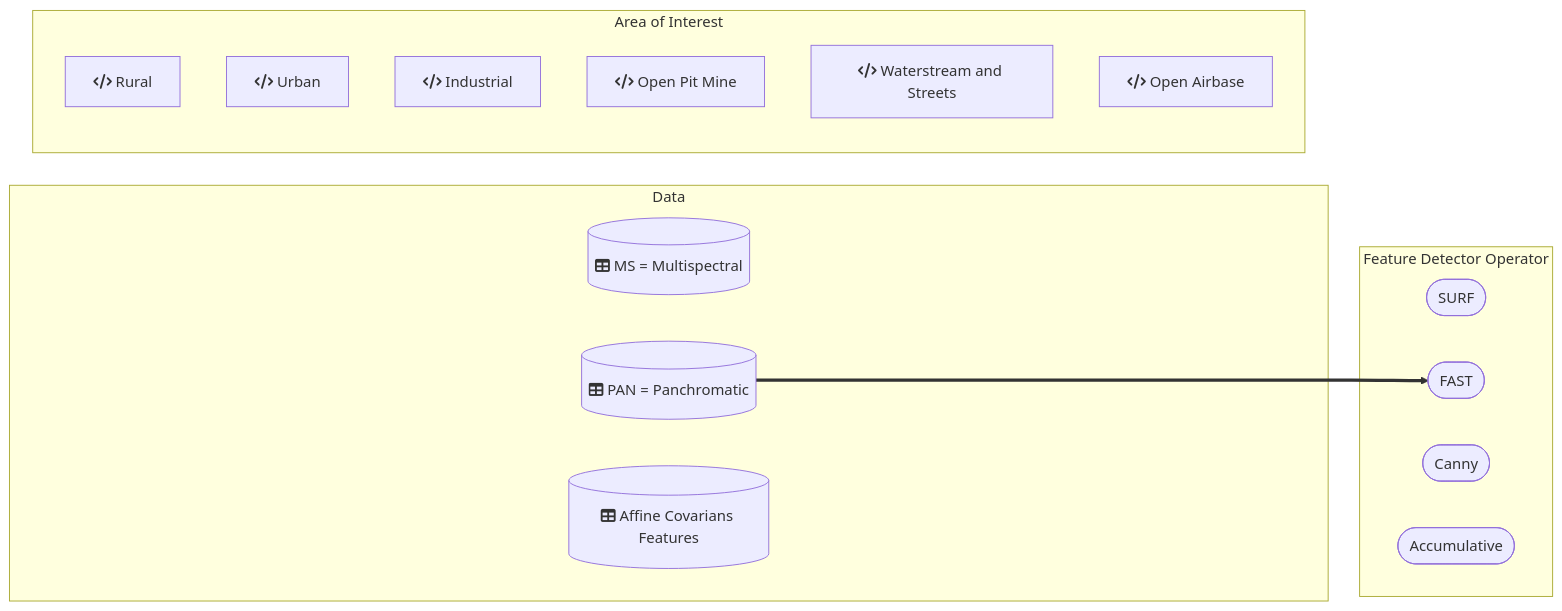
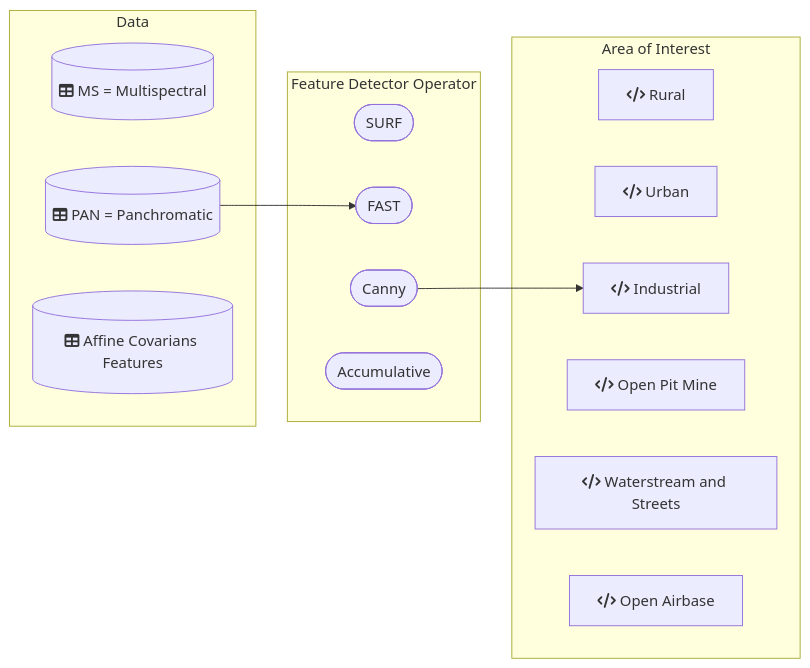
One commit to DippoldEJ/Feature-Detection-and-Explanation changed the diagram in Application/README.md. Above: the diagram before and after it, drawn with Mermaid.

````diff
--- a/Application/README.md
+++ b/Application/README.md
@@ -13,28 +13,29 @@
 ```mermaid
 flowchart LR;
 
  subgraph Data
         g[(fa:fa-table MS = Multispectral)]
         h[(fa:fa-table PAN = Panchromatic)]
         i[(fa:fa-table Affine Covarians Features)]
     end
 
  subgraph Feature Detector Operator
         j([SURF])
         k([FAST])
         l([Canny])
         m([Accumulative])
     end
 
 subgraph Area of Interest
     a[fa:fa-code Rural]
     b[fa:fa-code Urban]
     c[fa:fa-code Industrial]
     d[fa:fa-code Open Pit Mine]
     e[fa:fa-code Waterstream and Streets]
     f[fa:fa-code Open Airbase]
     end
 
-h==>k
+h-->k
+l-->c
 
 ```
````
